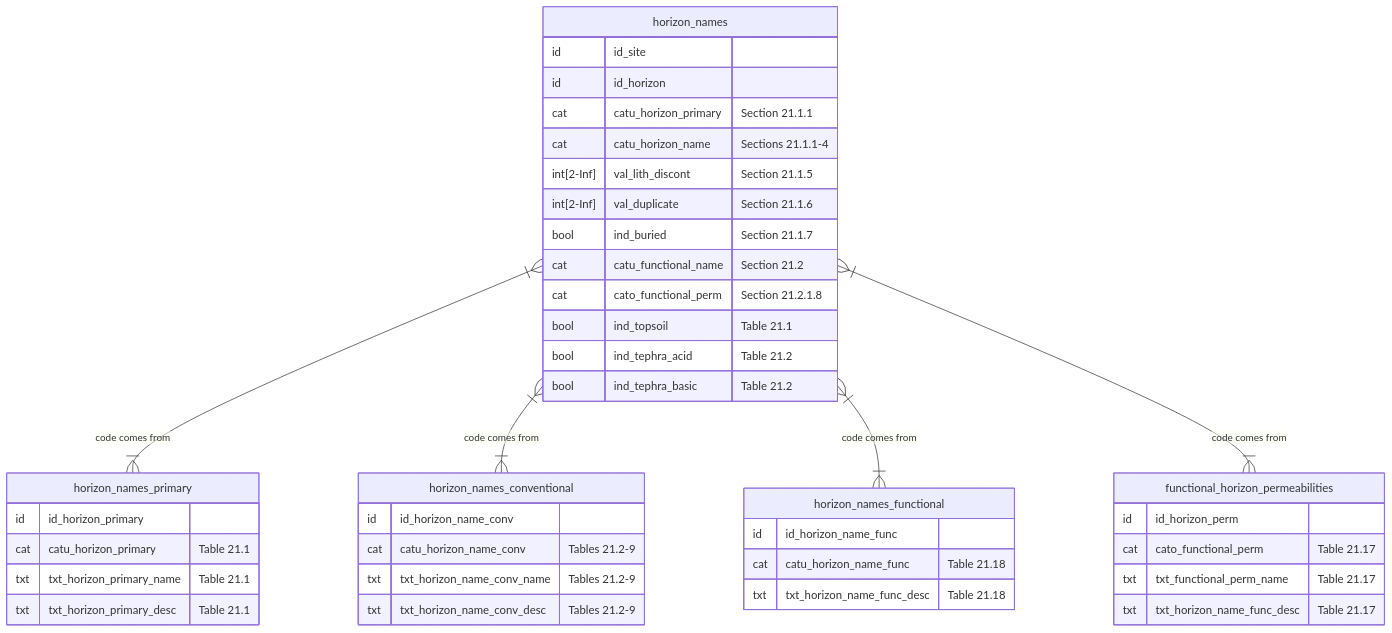
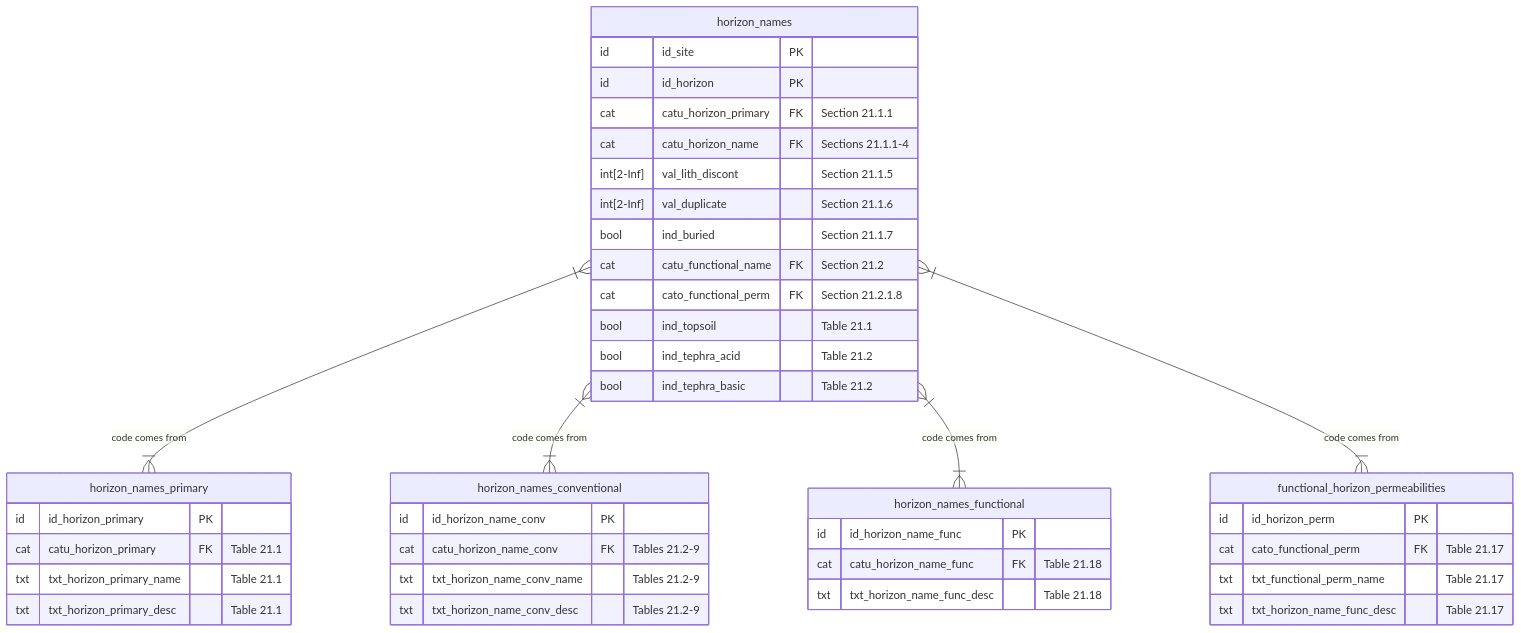
Before and after one commit to manaakiwhenua/NZ_soildesc_2024: diagram 25 of 25 in ap_03_database_design.qmd, drawn with Mermaid. The commit also changed other lines of this file, not shown here.

````diff
--- a/ap_03_database_design.qmd
+++ b/ap_03_database_design.qmd
@@ -1660,56 +1670,56 @@
 ```{mermaid}
 %%| fig-cap: "Horizon names - Details"
 
 %%{ init: { 'er': { 'layoutDirection': 'LR' } } }%%
 erDiagram
   horizon_names }|--|{ horizon_names_primary : "code comes from"
   horizon_names }|--|{ horizon_names_conventional : "code comes from"
   horizon_names }|--|{ horizon_names_functional : "code comes from"
   horizon_names }|--|{ functional_horizon_permeabilities : "code comes from"
   
   horizon_names {
-    id          id_site
-    id          id_horizon
+    id          id_site PK
+    id          id_horizon PK
     %% for very rapid assessment %%
-    cat         catu_horizon_primary   "Section 21.1.1"
+    cat         catu_horizon_primary FK   "Section 21.1.1"
     %% for full naming protocol %%
-    cat         catu_horizon_name      "Sections 21.1.1-4"
-    int[2-Inf]  val_lith_discont       "Section 21.1.5"
-    int[2-Inf]  val_duplicate          "Section 21.1.6"
-    bool        ind_buried             "Section 21.1.7"
+    cat         catu_horizon_name FK      "Sections 21.1.1-4"
+    int[2-Inf]  val_lith_discont          "Section 21.1.5"
+    int[2-Inf]  val_duplicate             "Section 21.1.6"
+    bool        ind_buried                "Section 21.1.7"
     %% FH
-    cat         catu_functional_name   "Section 21.2"
-    cat         cato_functional_perm   "Section 21.2.1.8"
-    bool        ind_topsoil            "Table 21.1"
-    bool        ind_tephra_acid        "Table 21.2"
-    bool        ind_tephra_basic       "Table 21.2"
+    cat         catu_functional_name FK   "Section 21.2"
+    cat         cato_functional_perm FK   "Section 21.2.1.8"
+    bool        ind_topsoil               "Table 21.1"
+    bool        ind_tephra_acid           "Table 21.2"
+    bool        ind_tephra_basic          "Table 21.2"
   }
 
   horizon_names_primary {
-    id          id_horizon_primary     
-    cat         catu_horizon_primary           "Table 21.1"
+    id          id_horizon_primary PK     
+    cat         catu_horizon_primary FK        "Table 21.1"
     txt         txt_horizon_primary_name       "Table 21.1"
     txt         txt_horizon_primary_desc       "Table 21.1"
   }
 
   horizon_names_conventional {
-    id          id_horizon_name_conv    
-    cat         catu_horizon_name_conv           "Tables 21.2-9"
+    id          id_horizon_name_conv PK    
+    cat         catu_horizon_name_conv FK        "Tables 21.2-9"
     txt         txt_horizon_name_conv_name       "Tables 21.2-9"
     txt         txt_horizon_name_conv_desc       "Tables 21.2-9"
   }
 
   horizon_names_functional {
-    id          id_horizon_name_func    
-    cat         catu_horizon_name_func           "Table 21.18"
+    id          id_horizon_name_func PK   
+    cat         catu_horizon_name_func FK        "Table 21.18"
     txt         txt_horizon_name_func_desc       "Table 21.18"
   }
 
   functional_horizon_permeabilities {
-    id          id_horizon_perm    
-    cat         cato_functional_perm           "Table 21.17"
+    id          id_horizon_perm PK  
+    cat         cato_functional_perm FK        "Table 21.17"
     txt         txt_functional_perm_name       "Table 21.17"
     txt         txt_horizon_name_func_desc     "Table 21.17"
   }
 
 ```
````
